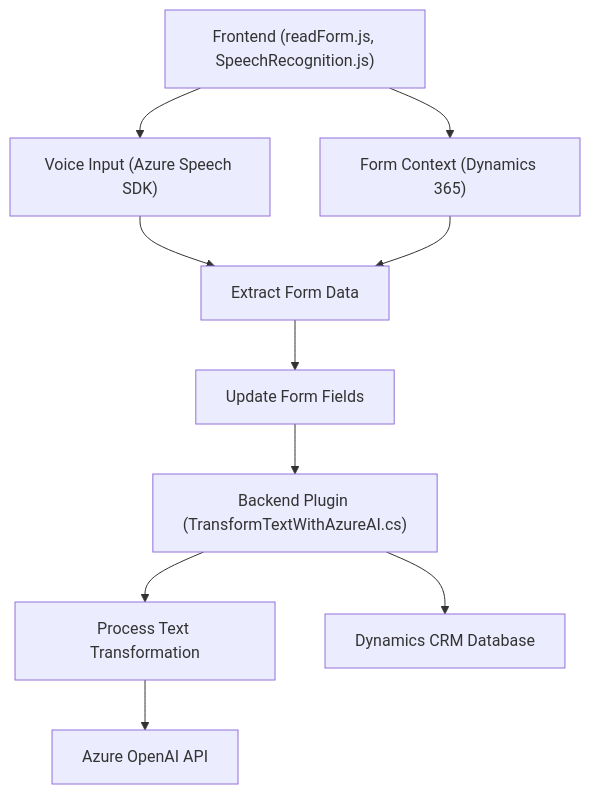
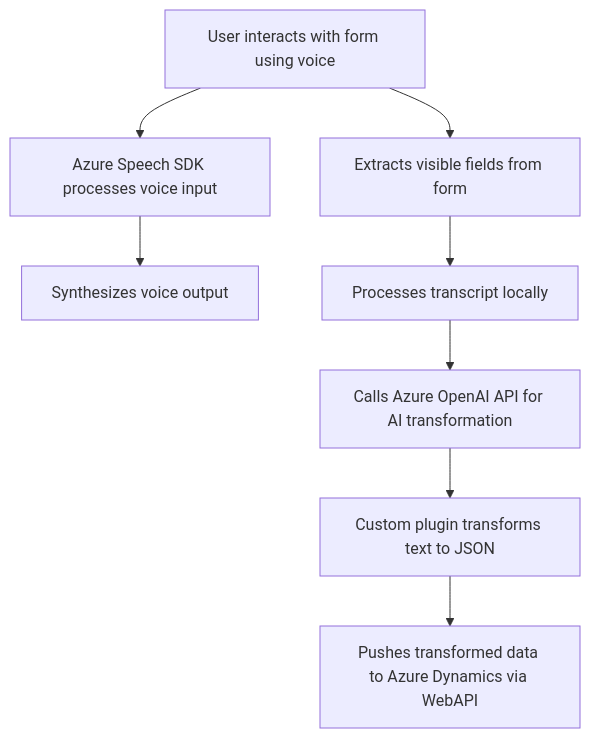
The diagram in README.md (blopezdm/NETCORE_BILBAO2025), drawn with Mermaid before and after one commit. The commit also changed other lines of this file, not shown here.

````diff
--- a/README.md
+++ b/README.md
@@ -41,13 +50,19 @@
 ```mermaid
 graph TD
-    A["Frontend (readForm.js, SpeechRecognition.js)"] --> B1["Voice Input (Azure Speech SDK)"]
-    A --> B2["Form Context (Dynamics 365)"]
-    B1 --> C["Text-to-Speech"]
-    B2 --> C["Extract Form Data"]
-    C --> D["Update Form Fields"]
-
-    D --> E["Backend Plugin (TransformTextWithAzureAI.cs)"]
-    E --> F["Process Text Transformation"]
-    F --> G["Azure OpenAI API"]
-    E --> H["Dynamics CRM Database"]
+    A["User interacts with form using voice"]
+    B["Azure Speech SDK processes voice input"]
+    C["Synthesizes voice output"]
+    D["Extracts visible fields from form"]
+    E["Processes transcript locally"]
+    F["Calls Azure OpenAI API for AI transformation"]
+    G["Custom plugin transforms text to JSON"]
+    H["Pushes transformed data to Azure Dynamics via WebAPI"]
+    
+    A --> B
+    B --> C
+    A --> D
+    D --> E
+    E --> F
+    F --> G
+    G --> H
 ```
````
